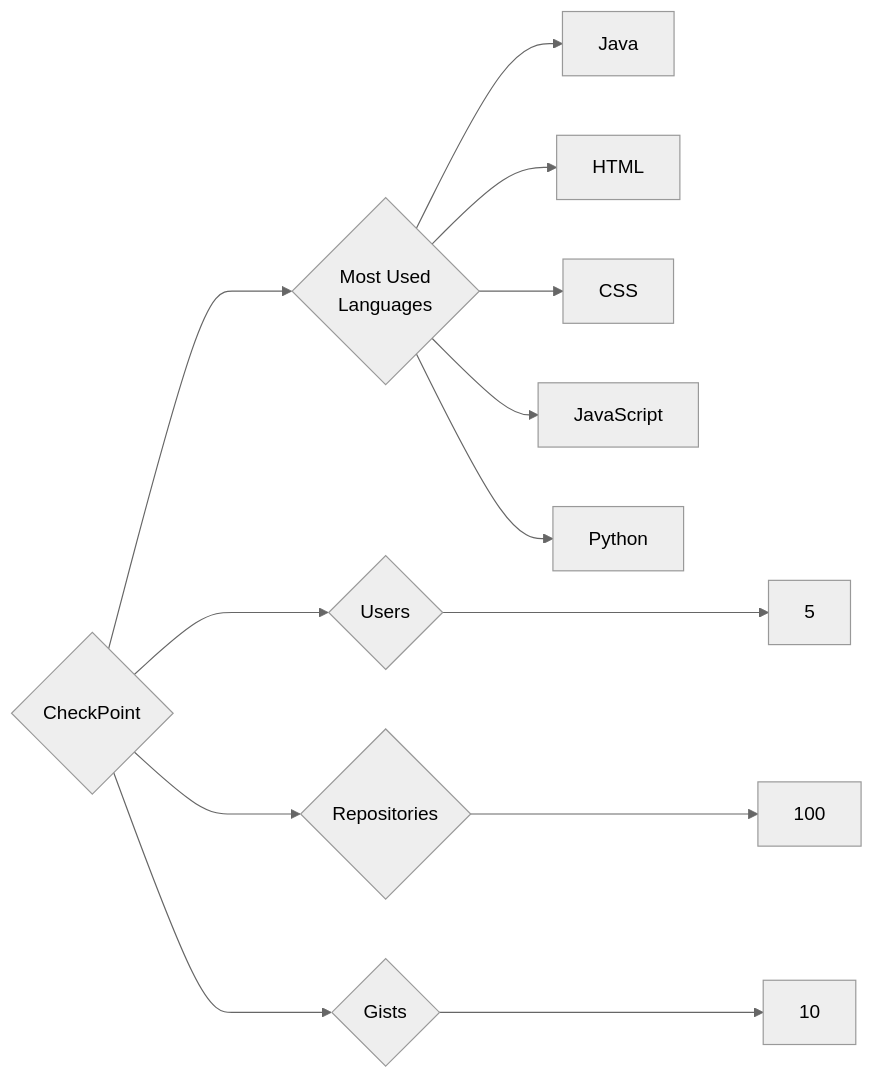
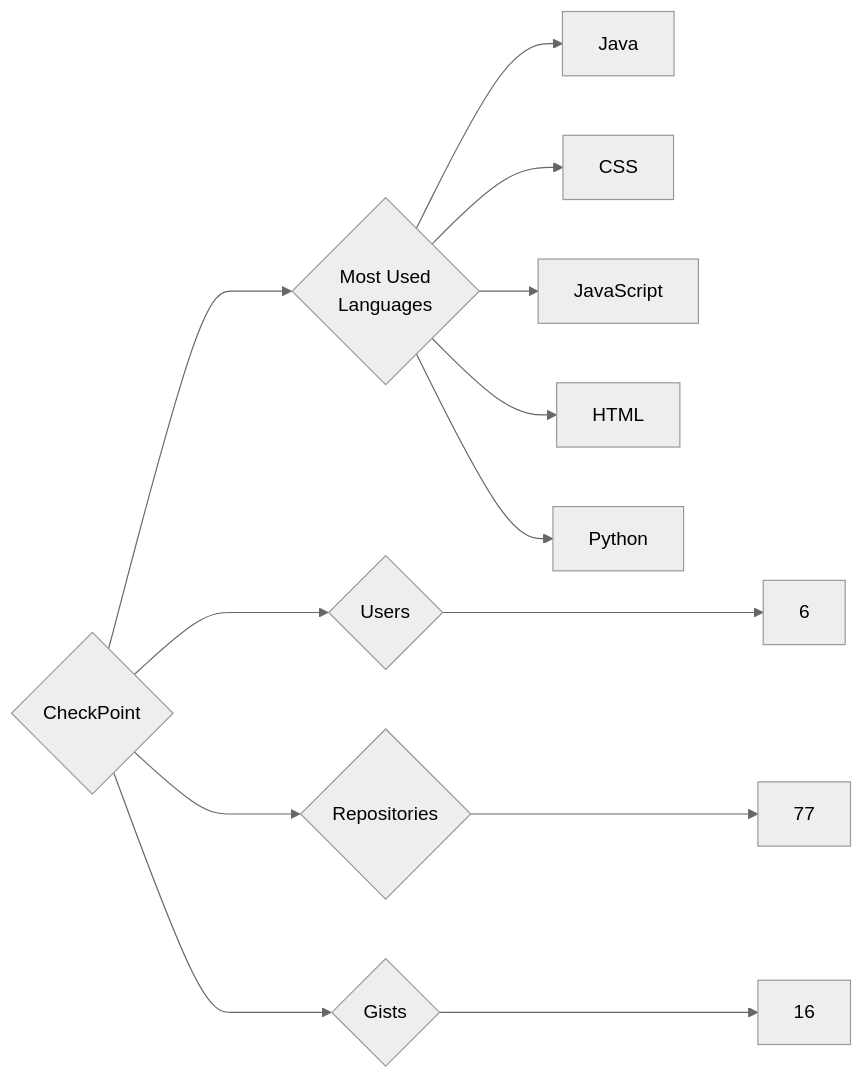
Before and after one commit to trickest/insiders: the diagram in targets/CheckPoint/README.md, drawn with Mermaid (neutral theme). The commit also changed 639 other files, not shown here.

````diff
--- a/targets/CheckPoint/README.md
+++ b/targets/CheckPoint/README.md
@@ -3,13 +3,13 @@
 ```mermaid
 graph LR
 COMPANY_NAME{CheckPoint}
-COMPANY_NAME ---> U{Users} ---> UN[5]
-COMPANY_NAME ---> R{Repositories} ---> RN[100]
-COMPANY_NAME ---> G{Gists} ---> GN[10]
+COMPANY_NAME ---> U{Users} ---> UN[6]
+COMPANY_NAME ---> R{Repositories} ---> RN[77]
+COMPANY_NAME ---> G{Gists} ---> GN[16]
 COMPANY_NAME ---> ML{Most Used<br>Languages}
 ML --> Java[Java]
-ML --> HTML[HTML]
 ML --> CSS[CSS]
 ML --> JavaScript[JavaScript]
+ML --> HTML[HTML]
 ML --> Python[Python]
 ```
````
